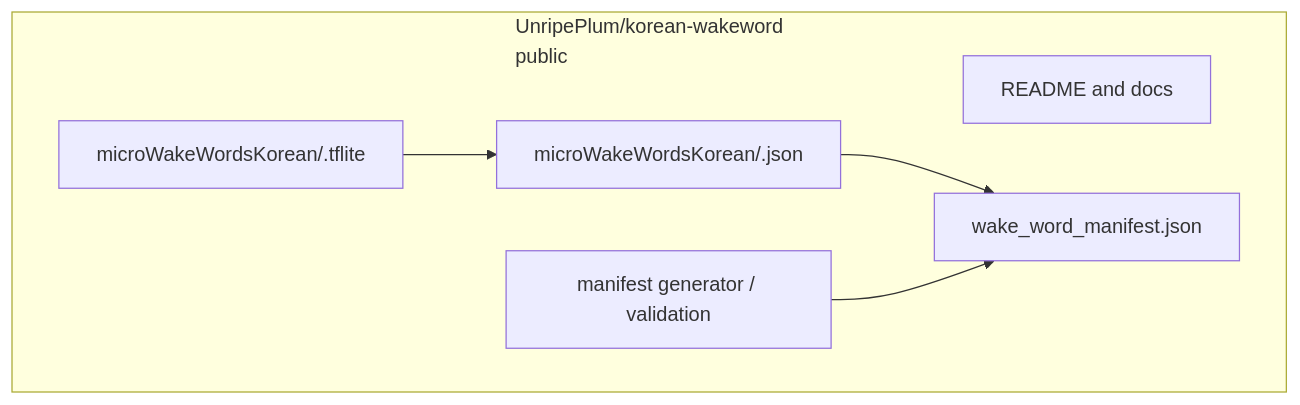
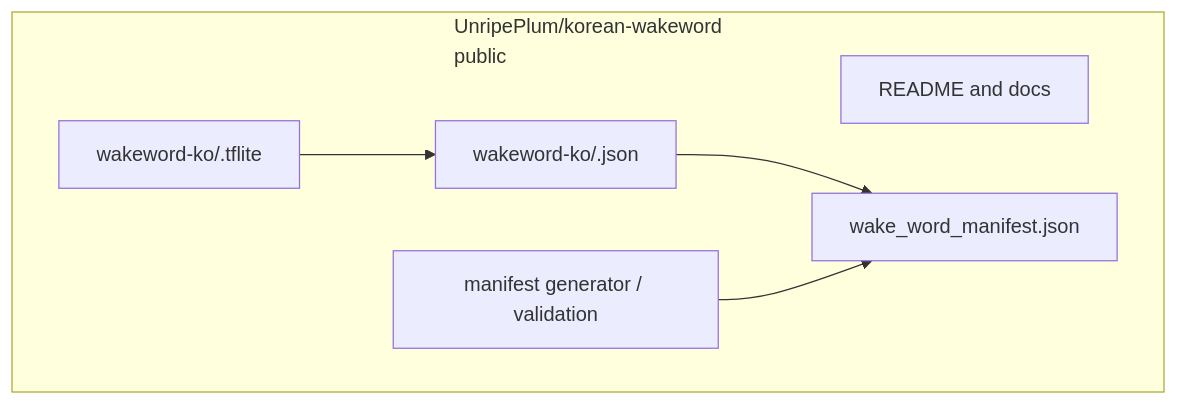
The second of 2 diagrams in docs/ARCHITECTURE.md (UnripePlum/korean-wakeword), drawn with Mermaid before and after one commit. The commit also changed other lines of this file and 3 other files, not shown here.

````diff
--- a/docs/ARCHITECTURE.md
+++ b/docs/ARCHITECTURE.md
@@ -21,14 +21,14 @@
 ```mermaid
 flowchart TD
     subgraph PROD["UnripePlum/korean-wakeword<br/>public"]
         A["README and docs"]
-        B["microWakeWordsKorean/<slug>.json"]
-        C["microWakeWordsKorean/<slug>.tflite"]
+        B["wakeword-ko/<slug>.json"]
+        C["wakeword-ko/<slug>.tflite"]
         D["wake_word_manifest.json"]
         E["manifest generator / validation"]
     end
 
     B --> D
     C --> B
     E --> D
 ```
````
